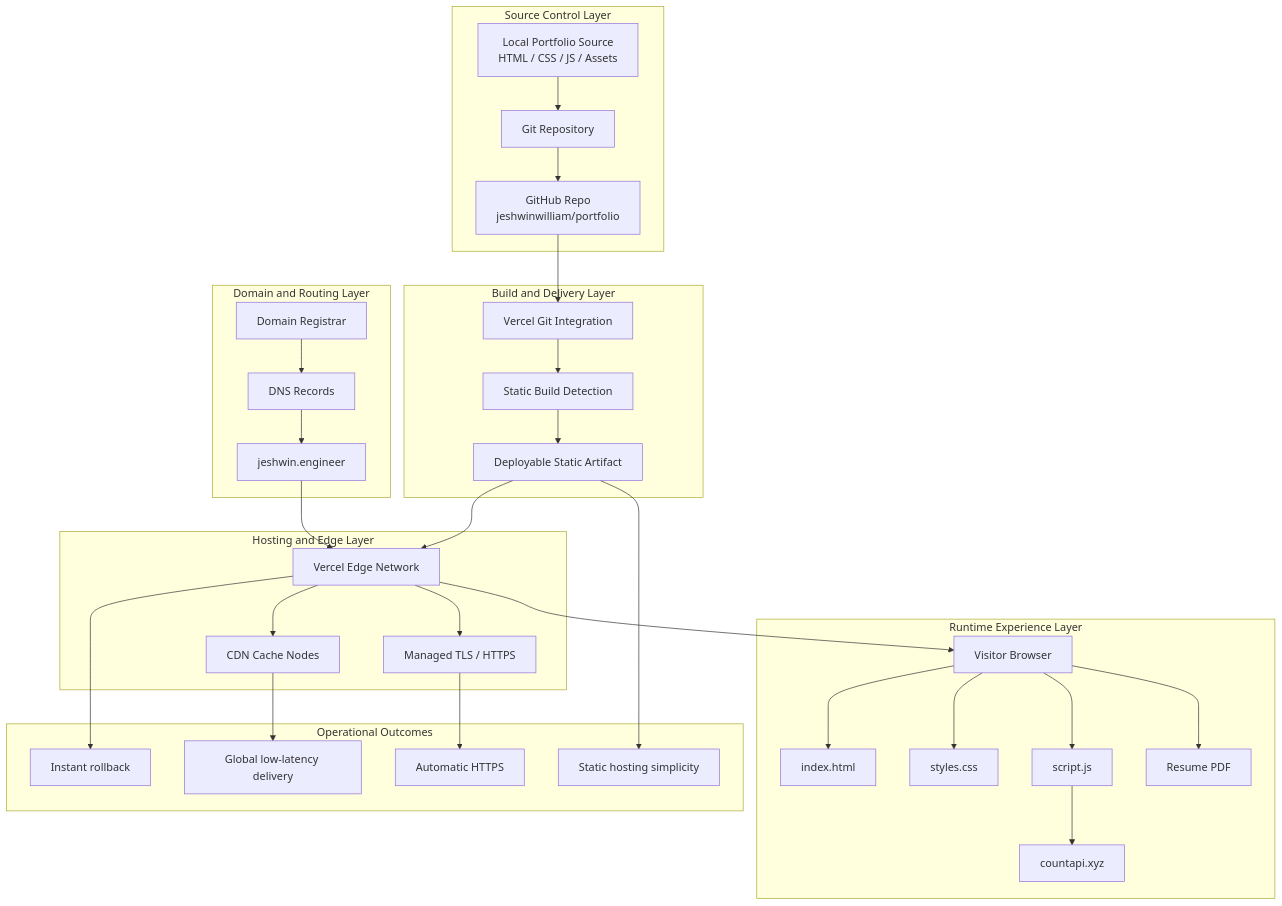
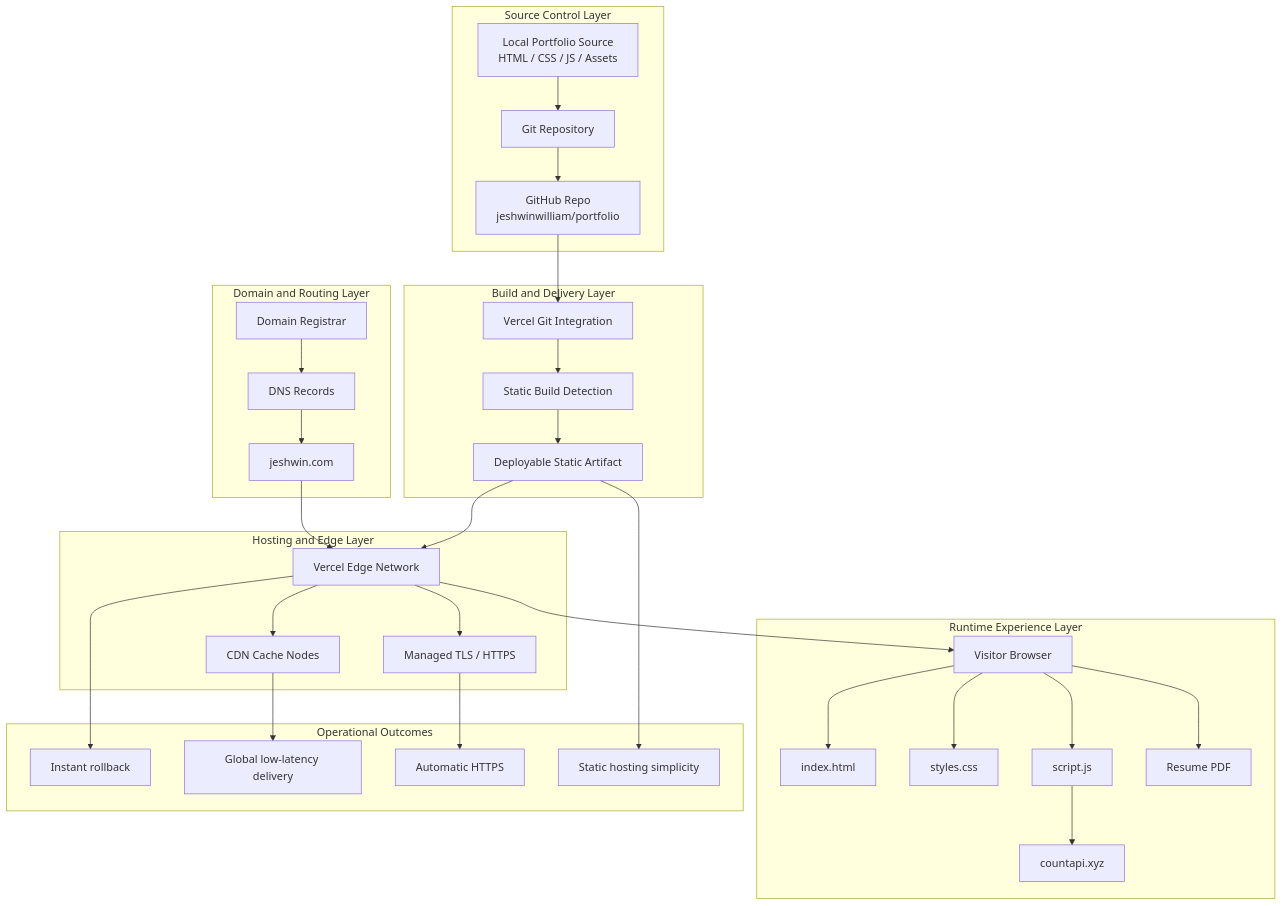
Before and after one commit to jeshwinwilliam/portfolio: the second of 2 diagrams in README.md, drawn with Mermaid. The commit also changed other lines of this file and 2 other files, not shown here.

Commit message:
Switch portfolio branding to jeshwin.com

````diff
--- a/README.md
+++ b/README.md
@@ -50,46 +50,46 @@
 ```mermaid
 flowchart TB
     subgraph Source["Source Control Layer"]
         Local["Local Portfolio Source<br/>HTML / CSS / JS / Assets"] --> Git["Git Repository"]
         Git --> GitHub["GitHub Repo<br/>jeshwinwilliam/portfolio"]
     end
 
     subgraph CI["Build and Delivery Layer"]
         GitHub --> Webhook["Vercel Git Integration"]
         Webhook --> Build["Static Build Detection"]
         Build --> Artifact["Deployable Static Artifact"]
     end
 
     subgraph Hosting["Hosting and Edge Layer"]
         Artifact --> EdgeNetwork["Vercel Edge Network"]
         EdgeNetwork --> Cache["CDN Cache Nodes"]
         EdgeNetwork --> SSL["Managed TLS / HTTPS"]
     end
 
     subgraph Domain["Domain and Routing Layer"]
         Registrar["Domain Registrar"] --> DNS["DNS Records"]
-        DNS --> DomainName["jeshwin.engineer"]
+        DNS --> DomainName["jeshwin.com"]
         DomainName --> EdgeNetwork
     end
 
     subgraph Runtime["Runtime Experience Layer"]
         EdgeNetwork --> Browser["Visitor Browser"]
         Browser --> HTML["index.html"]
         Browser --> CSS["styles.css"]
         Browser --> JS["script.js"]
         Browser --> PDF["Resume PDF"]
         JS --> CounterAPI["countapi.xyz"]
     end
 
     subgraph Operations["Operational Outcomes"]
         Rollback["Instant rollback"]
         Global["Global low-latency delivery"]
         SecureLive["Automatic HTTPS"]
         Simple["Static hosting simplicity"]
     end
 
     EdgeNetwork --> Rollback
     Cache --> Global
     SSL --> SecureLive
     Artifact --> Simple
 ```
````
